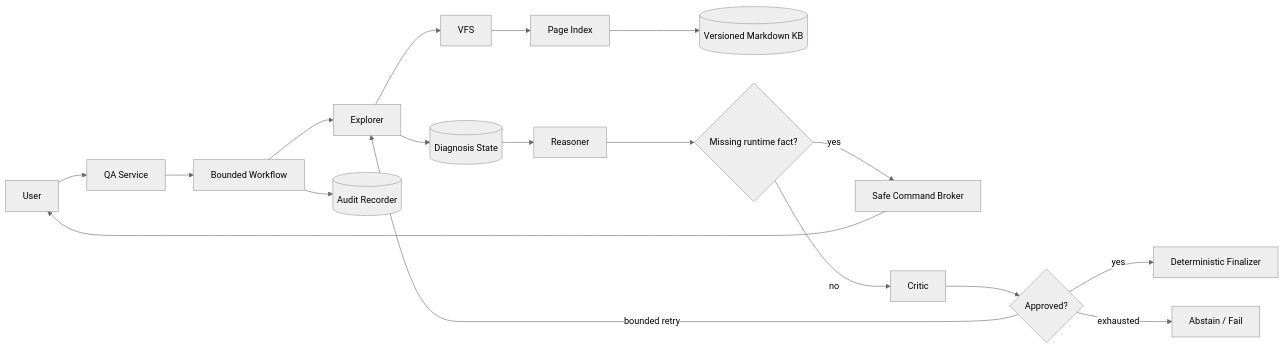
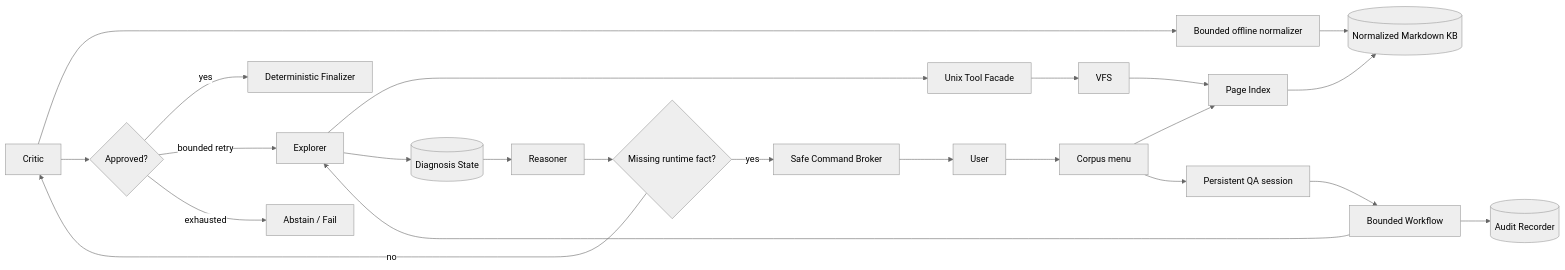
One commit to YukiSprite/MultiAgentFileAnalysis changed the first of 2 diagrams in docs/architecture.md. Above: the diagram before and after it, drawn with Mermaid (neutral theme). The commit also changed other lines of this file and 48 other files, not shown here.

````diff
--- a/docs/architecture.md
+++ b/docs/architecture.md
@@ -11,20 +11,25 @@
 ```mermaid
 flowchart LR
-    U[User] --> Q[QA Service]
+    C[Local CHM] --> N[Bounded offline normalizer]
+    N --> K
+    U[User] --> M[Corpus menu]
+    M --> I
+    M --> Q[Persistent QA session]
     Q --> W[Bounded Workflow]
     W --> E[Explorer]
-    E --> V[VFS]
+    E --> P[Unix Tool Facade]
+    P --> V[VFS]
     V --> I[Page Index]
-    I --> K[(Versioned Markdown KB)]
+    I --> K[(Normalized Markdown KB)]
     E --> S[(Diagnosis State)]
     S --> R[Reasoner]
     R --> H{Missing runtime fact?}
     H -- yes --> B[Safe Command Broker]
     B --> U
     H -- no --> C[Critic]
     C --> G{Approved?}
     G -- yes --> F[Deterministic Finalizer]
     G -- bounded retry --> E
     G -- exhausted --> X[Abstain / Fail]
     W --> A[(Audit Recorder)]
 ```
````
